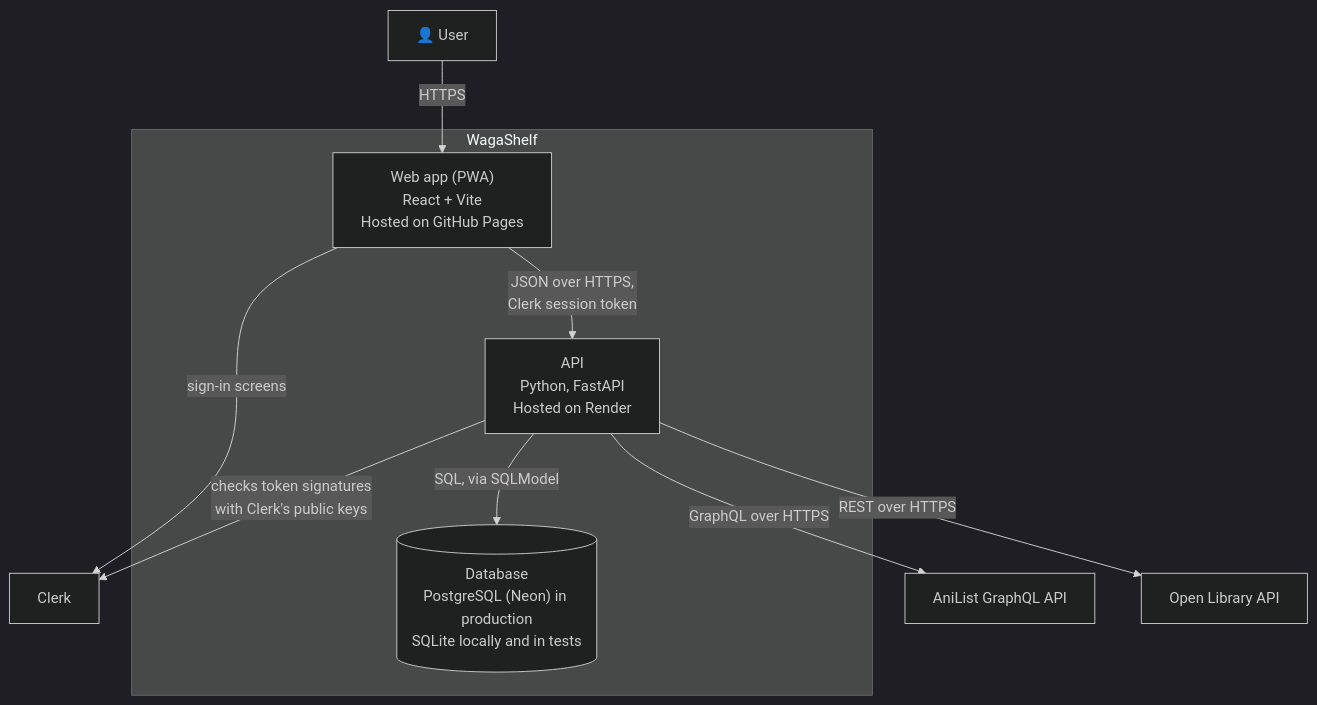
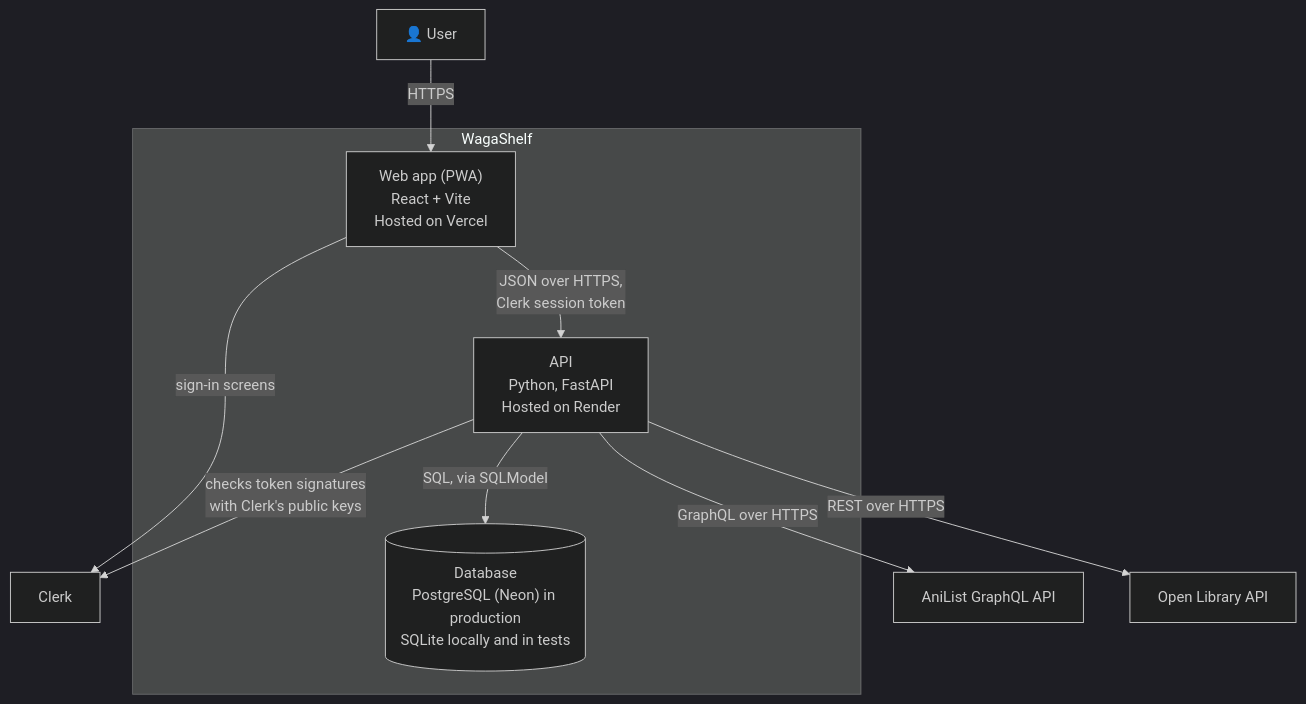
Before and after one commit to obich1/WagaShelf: the second of 3 diagrams in docs/architecture.md, drawn with Mermaid (dark theme). The commit also changed other lines of this file and 14 other files, not shown here.

````diff
--- a/docs/architecture.md
+++ b/docs/architecture.md
@@ -26,22 +26,22 @@
 ```mermaid
 flowchart TB
     user["👤 User"]
 
     subgraph waga["WagaShelf"]
-        spa["Web app (PWA)<br/>React + Vite<br/>Hosted on GitHub Pages"]
+        spa["Web app (PWA)<br/>React + Vite<br/>Hosted on Vercel"]
         api["API<br/>Python, FastAPI<br/>Hosted on Render"]
         db[("Database<br/>PostgreSQL (Neon) in production<br/>SQLite locally and in tests")]
     end
 
     clerk["Clerk"]
     anilist["AniList GraphQL API"]
     openlib["Open Library API"]
 
     user -->|"HTTPS"| spa
     spa -->|"sign-in screens"| clerk
     spa -->|"JSON over HTTPS,<br/>Clerk session token"| api
     api -->|"checks token signatures<br/>with Clerk's public keys"| clerk
     api -->|"SQL, via SQLModel"| db
     api -->|"GraphQL over HTTPS"| anilist
     api -->|"REST over HTTPS"| openlib
 ```
````
